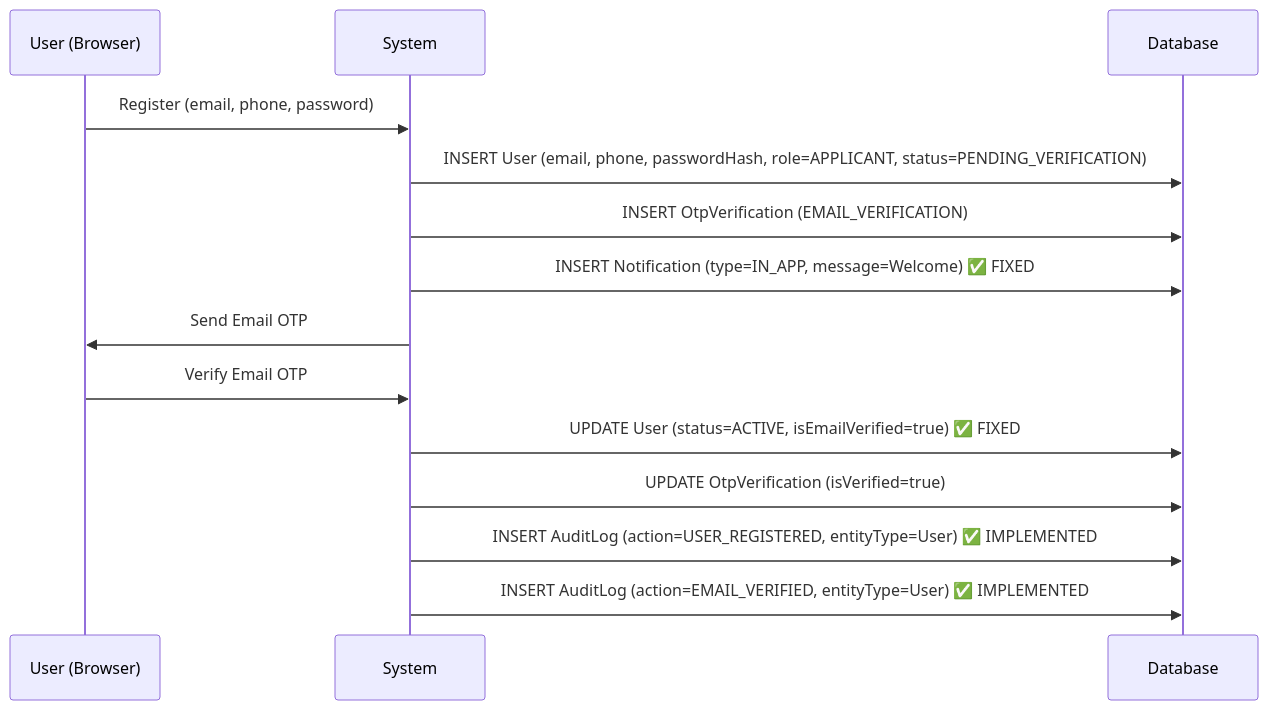
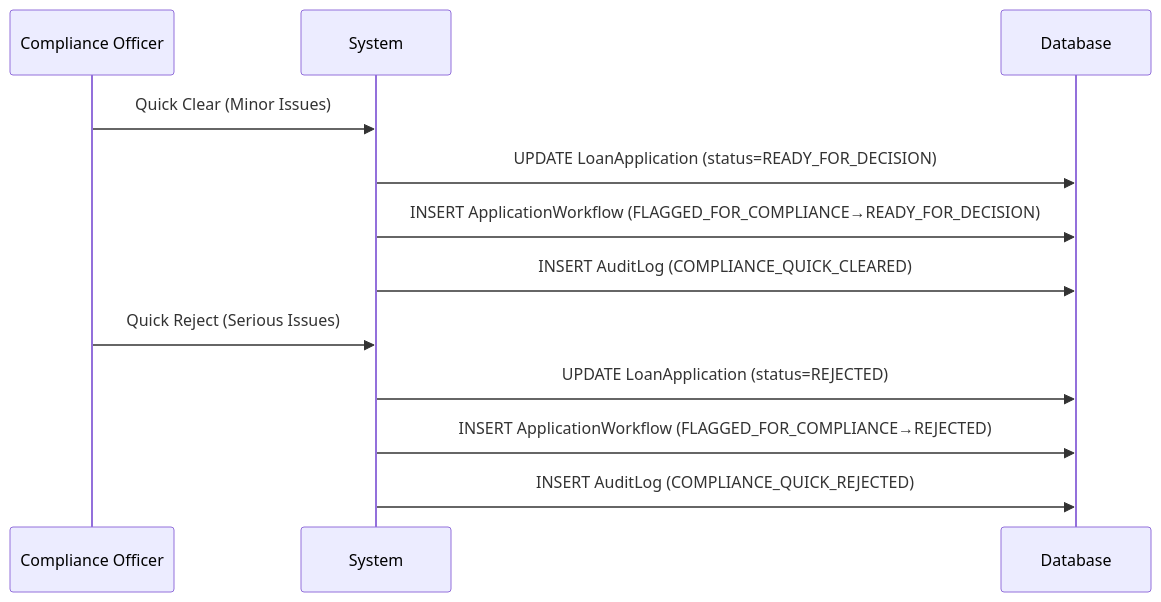
One commit to AshishDabhi1539/Loan_Screening_Project changed the sixth of 18 diagrams in COMPLETE_DATA_FLOW_ANALYSIS.md. Above: the diagram before and after it, drawn with Mermaid. The commit also changed other lines of this file and 25 other files, not shown here.

Commit message:
Till Compliance Ready for decision complete

````diff
--- a/COMPLETE_DATA_FLOW_ANALYSIS.md
+++ b/COMPLETE_DATA_FLOW_ANALYSIS.md
@@ -16,17 +173,16 @@
 ```mermaid
 sequenceDiagram
-    participant U as User (Browser)
+    participant CO as Compliance Officer
     participant S as System
     participant DB as Database
     
-    U->>S: Register (email, phone, password)
-    S->>DB: INSERT User (email, phone, passwordHash, role=APPLICANT, status=PENDING_VERIFICATION)
-    S->>DB: INSERT OtpVerification (EMAIL_VERIFICATION)
-    S->>DB: INSERT Notification (type=IN_APP, message=Welcome) ✅ FIXED
-    S->>U: Send Email OTP
-    U->>S: Verify Email OTP
-    S->>DB: UPDATE User (status=ACTIVE, isEmailVerified=true) ✅ FIXED
-    S->>DB: UPDATE OtpVerification (isVerified=true)
-    S->>DB: INSERT AuditLog (action=USER_REGISTERED, entityType=User) ✅ IMPLEMENTED
-    S->>DB: INSERT AuditLog (action=EMAIL_VERIFIED, entityType=User) ✅ IMPLEMENTED
+    CO->>S: Quick Clear (Minor Issues)
+    S->>DB: UPDATE LoanApplication (status=READY_FOR_DECISION)
+    S->>DB: INSERT ApplicationWorkflow (FLAGGED_FOR_COMPLIANCE→READY_FOR_DECISION)
+    S->>DB: INSERT AuditLog (COMPLIANCE_QUICK_CLEARED)
+    
+    CO->>S: Quick Reject (Serious Issues)
+    S->>DB: UPDATE LoanApplication (status=REJECTED)
+    S->>DB: INSERT ApplicationWorkflow (FLAGGED_FOR_COMPLIANCE→REJECTED)
+    S->>DB: INSERT AuditLog (COMPLIANCE_QUICK_REJECTED)
 ```
````
